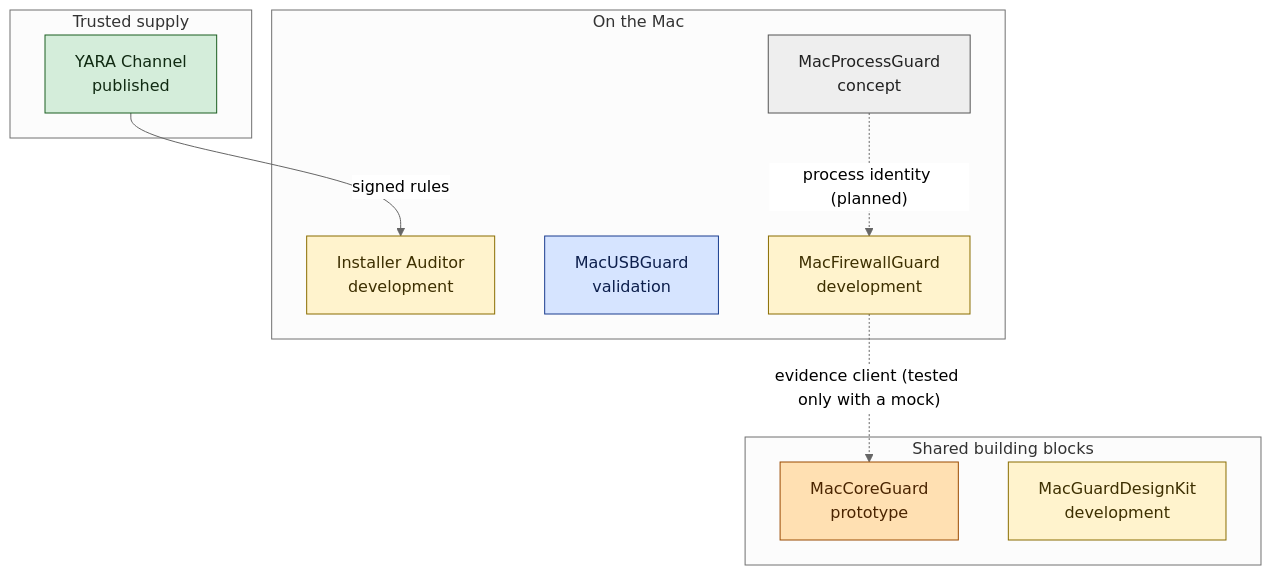
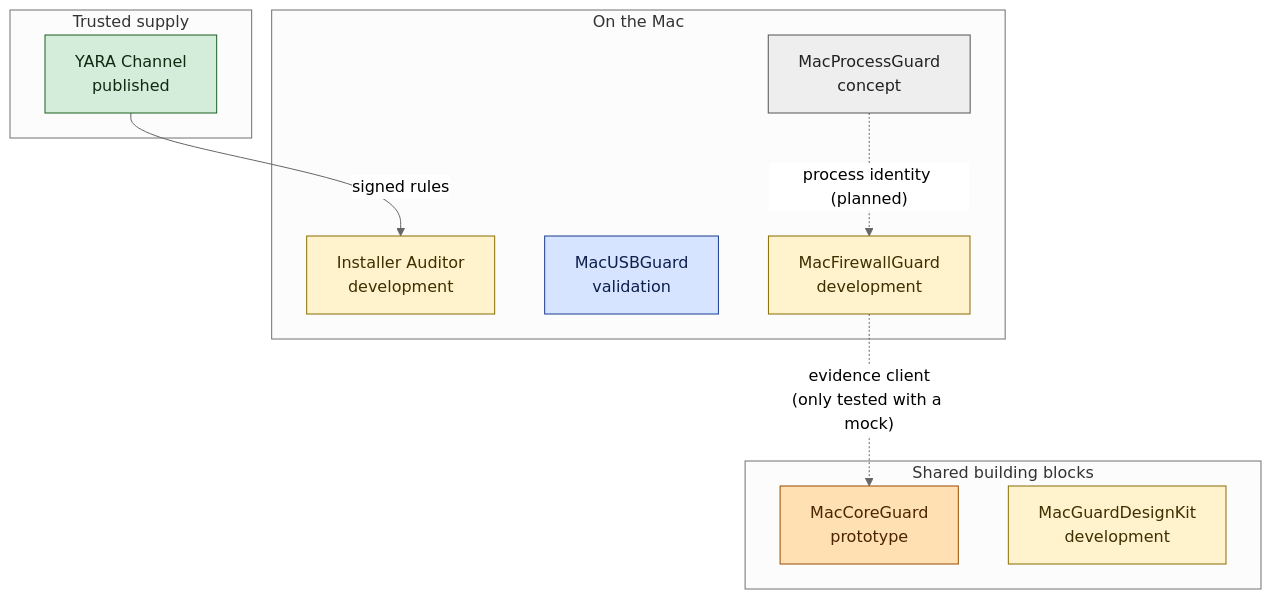
One commit to MacGuard/macguard-yara-channel changed the diagram in docs/wiki/diagrams/ecosystem-map.mmd. Above: the diagram before and after it, drawn with Mermaid (neutral theme). The commit also changed 120 other files, not shown here.

```diff
--- a/docs/wiki/diagrams/ecosystem-map.mmd
+++ b/docs/wiki/diagrams/ecosystem-map.mmd
@@ -1,22 +1,22 @@
 flowchart TB
   subgraph SUP["Trusted supply"]
     YC["YARA Channel<br/>published"]:::pub
   end
   subgraph MAC["On the Mac"]
     IA["Installer Auditor<br/>development"]:::dev
     USB["MacUSBGuard<br/>validation"]:::val
     FW["MacFirewallGuard<br/>development"]:::dev
     PG["MacProcessGuard<br/>concept"]:::con
   end
   subgraph SH["Shared building blocks"]
     CORE["MacCoreGuard<br/>prototype"]:::pro
     DK["MacGuardDesignKit<br/>development"]:::dev
   end
   YC -->|"signed rules"| IA
   PG -.->|"process identity (planned)"| FW
-  FW -.->|"evidence client (tested only with a mock)"| CORE
+  FW -.->|"evidence client<br/>(only tested with a mock)"| CORE
   classDef pub fill:#d4edda,stroke:#1b5e20,color:#102a12
   classDef val fill:#d6e4ff,stroke:#1a3d8f,color:#0d1f4d
   classDef dev fill:#fff3cd,stroke:#8a6d00,color:#3d2f00
   classDef pro fill:#ffe0b2,stroke:#9a4b00,color:#4a2400
   classDef con fill:#eeeeee,stroke:#555555,color:#222222
```
